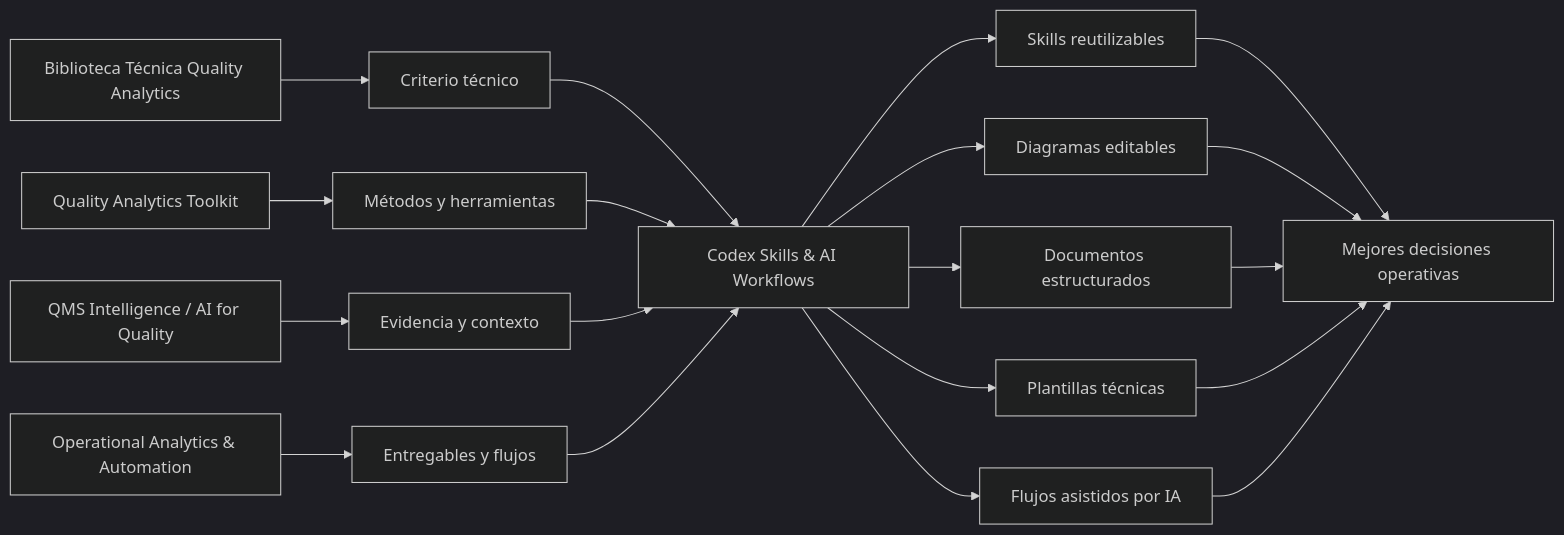
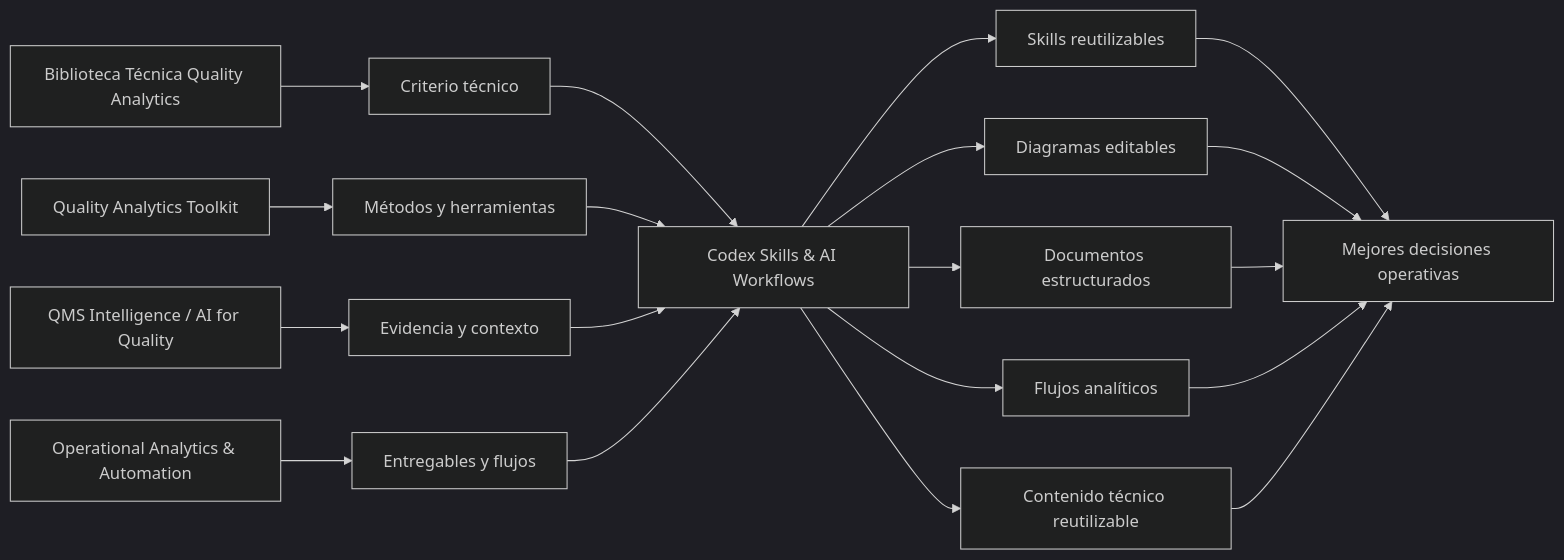
The first of 2 diagrams in README.md (fjgonzalezmgt/Codex-Skills-AI-Workflows), drawn with Mermaid (dark theme) before and after one commit. The commit also changed other lines of this file, not shown here.

Commit message:
Refocus skill roadmap and remove prescriptive structure

````diff
--- a/README.md
+++ b/README.md
@@ -13,24 +13,24 @@
 ```mermaid
 flowchart LR
     A[Biblioteca Técnica Quality Analytics] --> B[Criterio técnico]
     C[Quality Analytics Toolkit] --> D[Métodos y herramientas]
     E[QMS Intelligence / AI for Quality] --> F[Evidencia y contexto]
     G[Operational Analytics & Automation] --> H[Entregables y flujos]
 
     B --> I[Codex Skills & AI Workflows]
     D --> I
     F --> I
     H --> I
 
     I --> J[Skills reutilizables]
     I --> K[Diagramas editables]
     I --> L[Documentos estructurados]
-    I --> M[Plantillas técnicas]
-    I --> N[Flujos asistidos por IA]
+    I --> M[Flujos analíticos]
+    I --> N[Contenido técnico reutilizable]
 
     J --> O[Mejores decisiones operativas]
     K --> O
     L --> O
     M --> O
     N --> O
 ```
````
